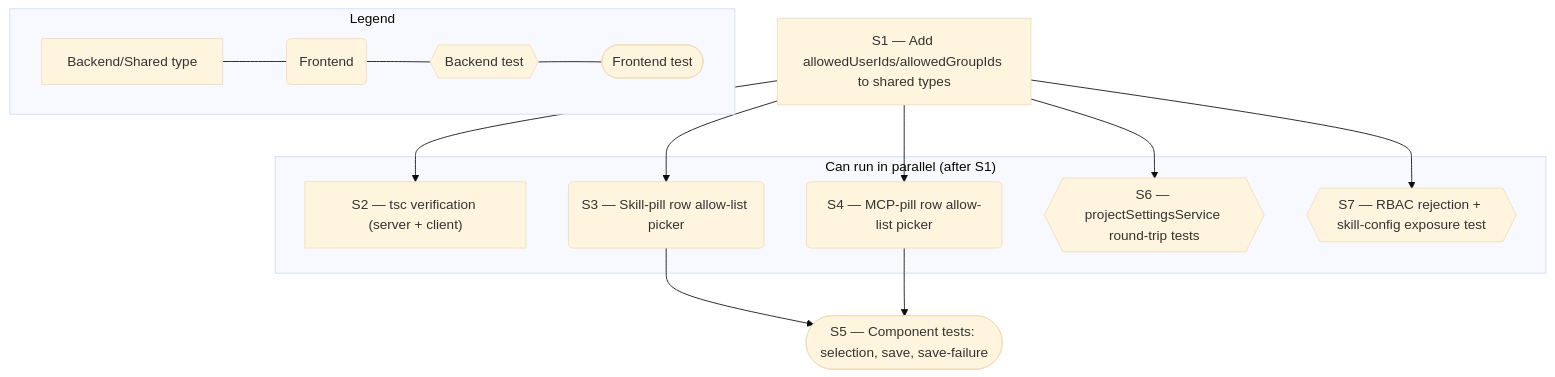
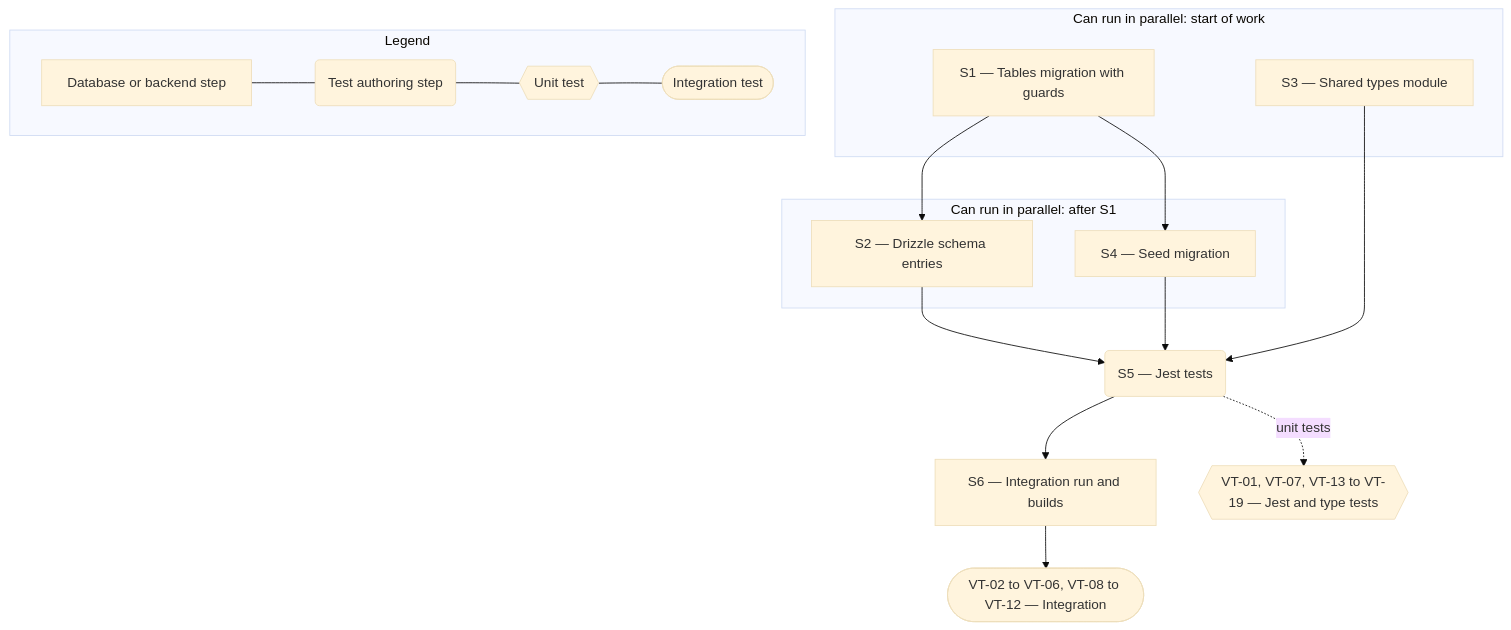
Before and after one commit to ryamiller-amergis/Apex: the second of 2 diagrams in .ai-pilot/local-dev/feat-001/design-spec/tech-spec.md, drawn with Mermaid (base theme). The commit also changed other lines of this file and 56 other files, not shown here.

````diff
--- a/.ai-pilot/local-dev/feat-001/design-spec/tech-spec.md
+++ b/.ai-pilot/local-dev/feat-001/design-spec/tech-spec.md
@@ -228,26 +259,32 @@
 ```mermaid
 flowchart TD
-  S1["S1 — Add allowedUserIds/allowedGroupIds to shared types"]
-  S2["S2 — tsc verification (server + client)"]
-  S3("S3 — Skill-pill row allow-list picker")
-  S4("S4 — MCP-pill row allow-list picker")
-  S5(["S5 — Component tests: selection, save, save-failure"])
-  S6{{"S6 — projectSettingsService round-trip tests"}}
-  S7{{"S7 — RBAC rejection + skill-config exposure test"}}
+  S1["S1 — Tables migration with guards"]
+  S2["S2 — Drizzle schema entries"]
+  S3["S3 — Shared types module"]
+  S4["S4 — Seed migration"]
+  S5("S5 — Jest tests")
+  S6["S6 — Integration run and builds"]
+  T_unit{{"VT-01, VT-07, VT-13 to VT-19 — Jest and type tests"}}
+  T_int(["VT-02 to VT-06, VT-08 to VT-12 — Integration"])
 
   S1 --> S2
-  S1 --> S3
   S1 --> S4
-  S1 --> S6
-  S1 --> S7
+  S2 --> S5
   S3 --> S5
   S4 --> S5
+  S5 --> S6
+  S5 -.->|"unit tests"| T_unit
+  S6 --> T_int
 
-  subgraph parallel1 ["Can run in parallel (after S1)"]
-    S2 & S3 & S4 & S6 & S7
+  subgraph parallel1 ["Can run in parallel: start of work"]
+    S1 & S3
+  end
+
+  subgraph parallel2 ["Can run in parallel: after S1"]
+    S2 & S4
   end
 
   subgraph legend ["Legend"]
-    L1["Backend/Shared type"] --- L2("Frontend") --- L3{{"Backend test"}} --- L4(["Frontend test"])
+    L1["Database or backend step"] --- L2("Test authoring step") --- L3{{"Unit test"}} --- L4(["Integration test"])
   end
 ```
````
